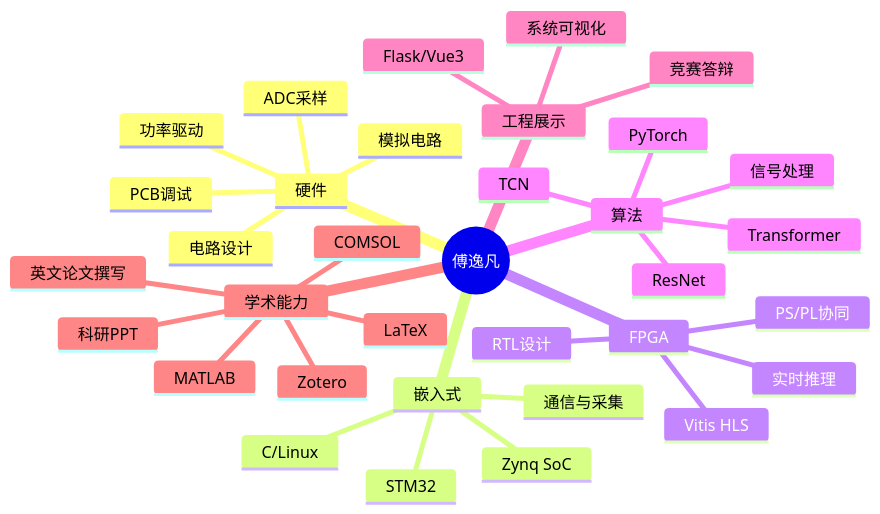
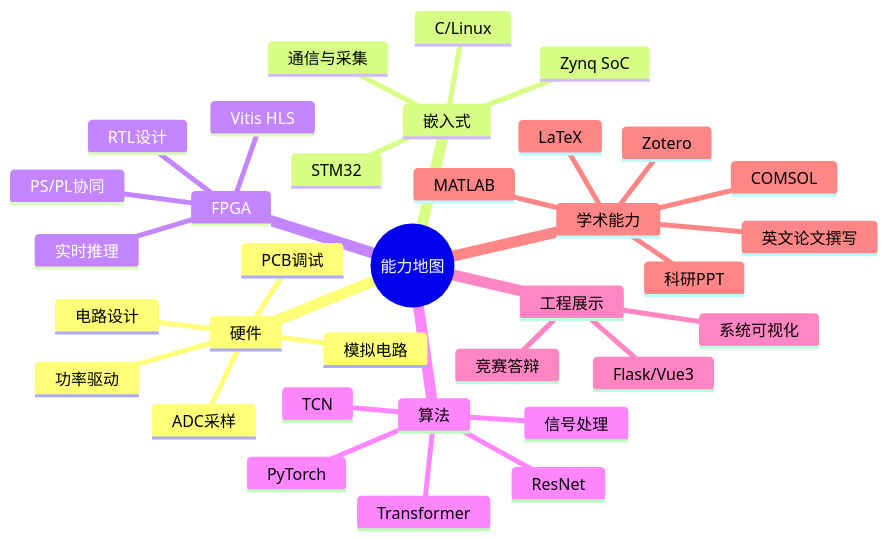
The first of 3 diagrams in PERSONAL/面试自我介绍.md (fu1fan/obsidian-vault), drawn with Mermaid before and after one commit.

Commit message:
vault backup: 2026-05-11 00:00:02

````diff
--- a/PERSONAL/面试自我介绍.md
+++ b/PERSONAL/面试自我介绍.md
@@ -42,37 +42,37 @@
 ```mermaid
 mindmap
-  root((傅逸凡))
+  root((能力地图))
     硬件
       电路设计
       模拟电路
       ADC采样
       功率驱动
       PCB调试
     嵌入式
       STM32
       Zynq SoC
       C/Linux
       通信与采集
     FPGA
       Vitis HLS
       RTL设计
       PS/PL协同
       实时推理
     算法
       PyTorch
       TCN
       ResNet
       Transformer
       信号处理
     工程展示
       Flask/Vue3
       系统可视化
       竞赛答辩
     学术能力
       MATLAB
       COMSOL
       LaTeX
       英文论文撰写
       科研PPT
       Zotero
 ```
````
